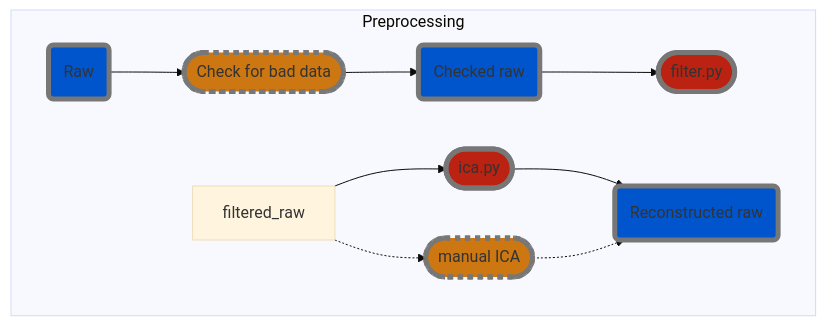
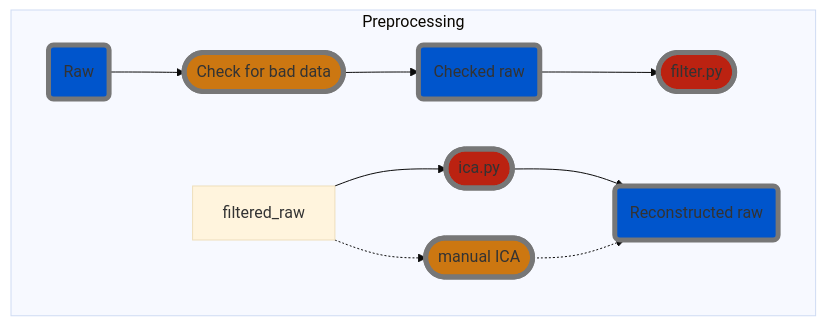
Before and after one commit to hiroyoshi-yamasaki/MNE-MVPA: the diagram in README.md, drawn with Mermaid (base theme). The commit also changed other lines of this file, not shown here.

Commit message:
mermaid not working on github

````diff
--- a/README.md
+++ b/README.md
@@ -5,31 +4,31 @@
 ```mermaid
 graph TD
     %% Processes
     classDef automatic_process fill: #b21, stroke-width: 5px, stroke: #777
-    classDef manual_process fill: #c71, stroke-width: 5px, stroke: #777, stroke-dasharray: 5, 5;
+    classDef manual_process fill: #c71, stroke-width: 5px, stroke: #777
     
     %% Data
     classDef mne_data fill: #05c, stroke-width: 5px, stroke: #777
     classDef event_data fill: #260, stroke-width: 5px, stroke: #777
     classDef other_data fill: #55c, stroke-width: 5px, stroke: #777
 
     %% Preprocessing MEG data
     subgraph "Preprocessing"
     
         %% Manual check for bad channels, artefacts etc.
         raw_data("Raw"):::mne_data --> check_raw(["Check for bad data"]):::manual_process;
         check_raw --> checked_raw("Checked raw"):::mne_data;
     
         checked_raw --> filter(["filter.py"]):::automatic_process;
         %%filter --> filtered_raw("Filtered raw"):::mne_data;
         
         %% Artefact removal with ICA
         filtered_raw --> ica(["ica.py"]):::automatic_process;
         ica --> recon_raw("Reconstructed raw"):::mne_data;
         filtered_raw -.-> man_ica(["manual ICA"]):::manual_process;
         man_ica -.-> recon_raw;
         
         
     end
     
 ```
````
